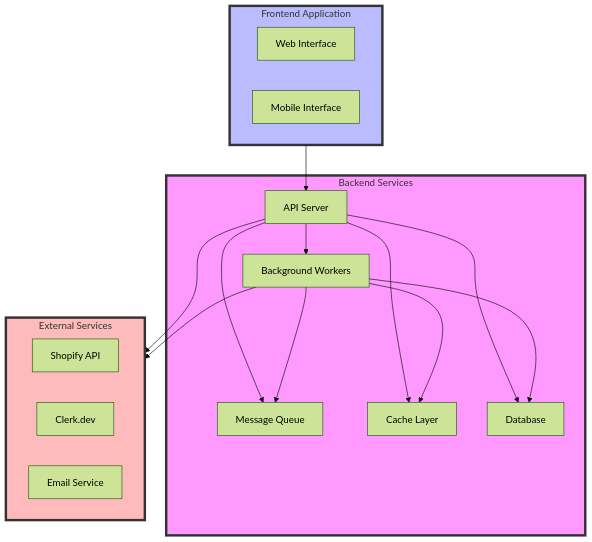
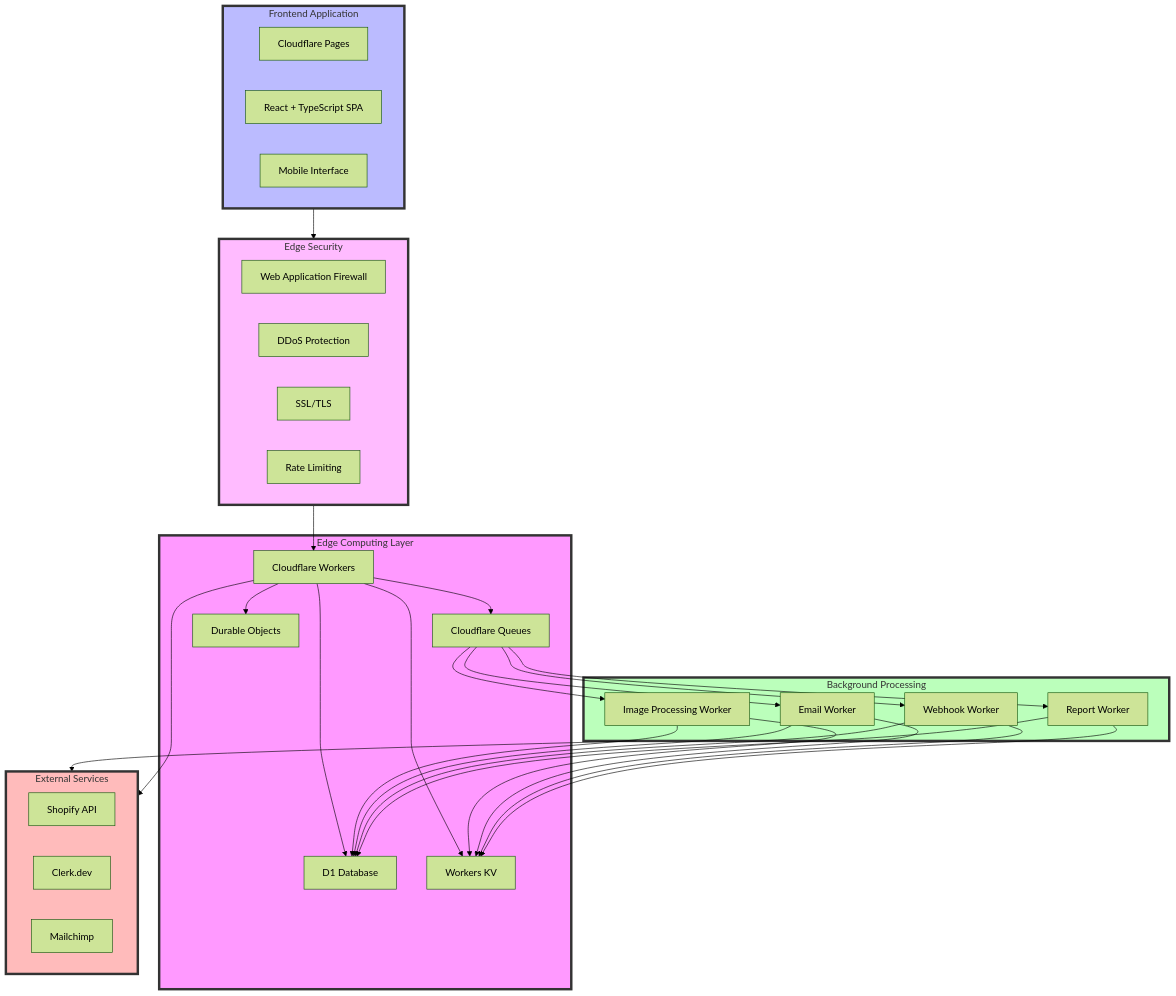
The diagram in docs/diagrams/architecture/backend-architecture.mmd (atEverychance/ProjectCR), drawn with Mermaid (forest theme) before and after one commit. The commit also changed 12 other files, not shown here.

Commit message:
Diagram updates

```diff
--- a/docs/diagrams/architecture/backend-architecture.mmd
+++ b/docs/diagrams/architecture/backend-architecture.mmd
@@ -1,36 +1,59 @@
 flowchart TD
-    subgraph Backend[Backend Services]
-        API[API Server]
-        Workers[Background Workers]
-        Queue[Message Queue]
-        Cache[Cache Layer]
-        DB[Database]
+    subgraph Edge[Edge Computing Layer]
+        Workers[Cloudflare Workers]
+        D1[D1 Database]
+        KV[Workers KV]
+        Queues[Cloudflare Queues]
+        DO[Durable Objects]
     end
     
     subgraph Frontend[Frontend Application]
-        Web[Web Interface]
+        Pages[Cloudflare Pages]
+        Web[React + TypeScript SPA]
         Mobile[Mobile Interface]
+    end
+    
+    subgraph Processing[Background Processing]
+        ImageWorker[Image Processing Worker]
+        EmailWorker[Email Worker]
+        WebhookWorker[Webhook Worker]
+        ReportWorker[Report Worker]
     end
     
     subgraph Integrations[External Services]
         Shopify[Shopify API]
         Clerk[Clerk.dev]
-        Email[Email Service]
+        Email[Mailchimp]
     end
     
-    Frontend --> API
-    API --> Workers
-    API --> Queue
-    API --> Cache
-    API --> DB
+    subgraph Security[Edge Security]
+        WAF[Web Application Firewall]
+        DDoS[DDoS Protection]
+        SSL[SSL/TLS]
+        RateLimit[Rate Limiting]
+    end
+
+    Frontend --> Security
+    Security --> Workers
     
-    Workers --> Queue
-    Workers --> Cache
-    Workers --> DB
+    Workers --> D1
+    Workers --> KV
+    Workers --> Queues
+    Workers --> DO
     
-    API --> Integrations
+    Queues --> ImageWorker
+    Queues --> EmailWorker
+    Queues --> WebhookWorker
+    Queues --> ReportWorker
+    
+    ImageWorker & EmailWorker & WebhookWorker & ReportWorker --> D1
+    ImageWorker & EmailWorker & WebhookWorker & ReportWorker --> KV
+    
     Workers --> Integrations
+    Processing --> Integrations
     
-    style Backend fill:#f9f,stroke:#333,stroke-width:4px
+    style Edge fill:#f9f,stroke:#333,stroke-width:4px
     style Frontend fill:#bbf,stroke:#333,stroke-width:4px
+    style Processing fill:#bfb,stroke:#333,stroke-width:4px
     style Integrations fill:#fbb,stroke:#333,stroke-width:4px
+    style Security fill:#fbf,stroke:#333,stroke-width:4px
```
